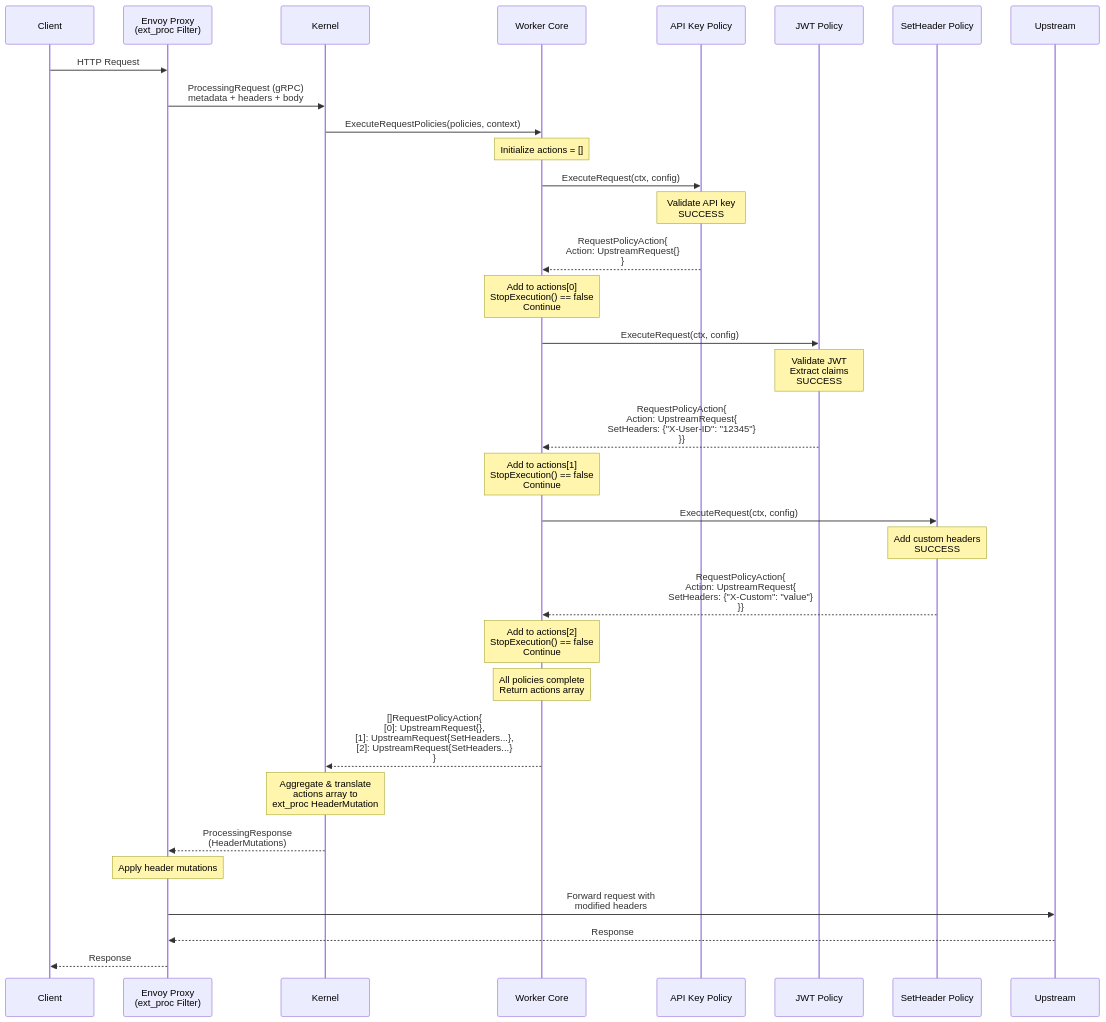
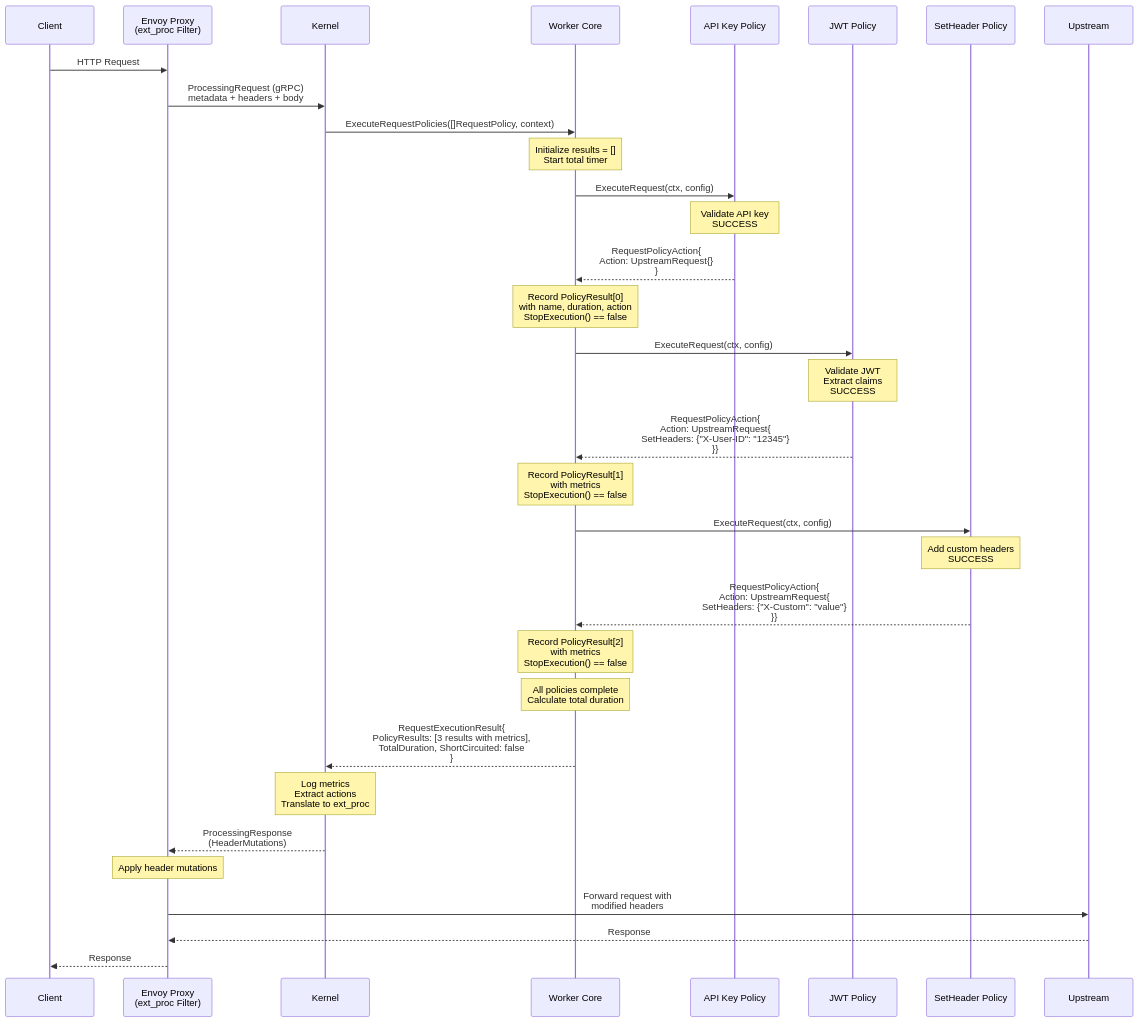
Before and after one commit to wso2/api-platform: the fifth of 7 diagrams in Spec.md, drawn with Mermaid. The commit also changed other lines of this file, not shown here.

Commit message:
Refactor policy execution to include execution results and metrics for request and response phases

````diff
--- a/Spec.md
+++ b/Spec.md
@@ -729,40 +823,40 @@
 ```mermaid
 sequenceDiagram
     participant Client
     participant Envoy as Envoy Proxy<br/>(ext_proc Filter)
     participant Kernel
     participant Core as Worker Core
     participant P1 as API Key Policy
     participant P2 as JWT Policy
     participant P3 as SetHeader Policy
     participant Upstream
 
     Client->>Envoy: HTTP Request
     Envoy->>Kernel: ProcessingRequest (gRPC)<br/>metadata + headers + body
-    Kernel->>Core: ExecuteRequestPolicies(policies, context)
-    Note over Core: Initialize actions = []
+    Kernel->>Core: ExecuteRequestPolicies([]RequestPolicy, context)
+    Note over Core: Initialize results = []<br/>Start total timer
 
     Core->>P1: ExecuteRequest(ctx, config)
     Note over P1: Validate API key<br/>SUCCESS
     P1-->>Core: RequestPolicyAction{<br/>Action: UpstreamRequest{}<br/>}
-    Note over Core: Add to actions[0]<br/>StopExecution() == false<br/>Continue
+    Note over Core: Record PolicyResult[0]<br/>with name, duration, action<br/>StopExecution() == false
 
     Core->>P2: ExecuteRequest(ctx, config)
     Note over P2: Validate JWT<br/>Extract claims<br/>SUCCESS
     P2-->>Core: RequestPolicyAction{<br/>Action: UpstreamRequest{<br/>SetHeaders: {"X-User-ID": "12345"}<br/>}}
-    Note over Core: Add to actions[1]<br/>StopExecution() == false<br/>Continue
+    Note over Core: Record PolicyResult[1]<br/>with metrics<br/>StopExecution() == false
 
     Core->>P3: ExecuteRequest(ctx, config)
     Note over P3: Add custom headers<br/>SUCCESS
     P3-->>Core: RequestPolicyAction{<br/>Action: UpstreamRequest{<br/>SetHeaders: {"X-Custom": "value"}<br/>}}
-    Note over Core: Add to actions[2]<br/>StopExecution() == false<br/>Continue
+    Note over Core: Record PolicyResult[2]<br/>with metrics<br/>StopExecution() == false
 
-    Note over Core: All policies complete<br/>Return actions array
-    Core-->>Kernel: []RequestPolicyAction{<br/>[0]: UpstreamRequest{},<br/>[1]: UpstreamRequest{SetHeaders...},<br/>[2]: UpstreamRequest{SetHeaders...}<br/>}
-    Note over Kernel: Aggregate & translate<br/>actions array to<br/>ext_proc HeaderMutation
+    Note over Core: All policies complete<br/>Calculate total duration
+    Core-->>Kernel: RequestExecutionResult{<br/>PolicyResults: [3 results with metrics],<br/>TotalDuration, ShortCircuited: false<br/>}
+    Note over Kernel: Log metrics<br/>Extract actions<br/>Translate to ext_proc
     Kernel-->>Envoy: ProcessingResponse<br/>(HeaderMutations)
     Note over Envoy: Apply header mutations
     Envoy->>Upstream: Forward request with<br/>modified headers
     Upstream-->>Envoy: Response
     Envoy-->>Client: Response
 ```
````
